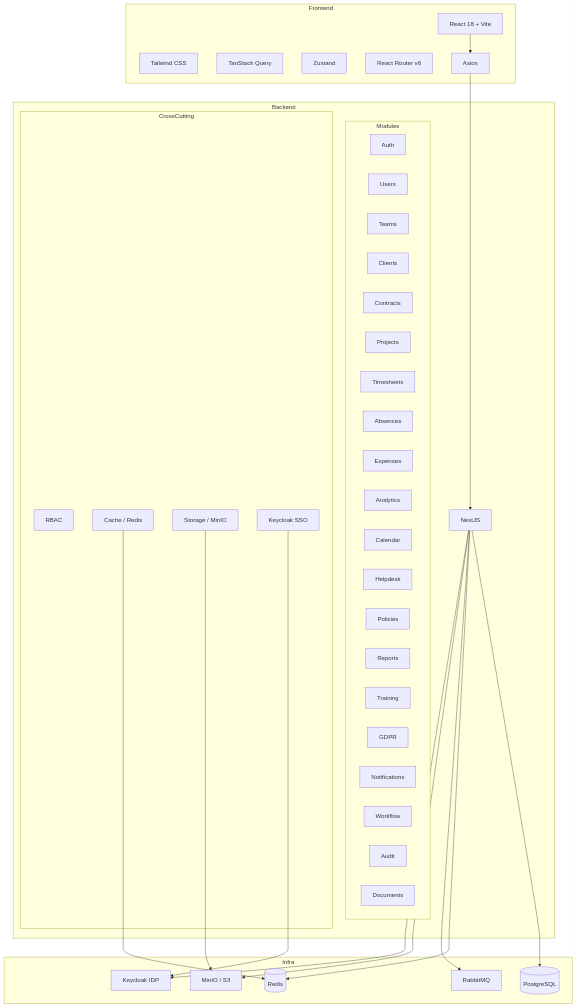
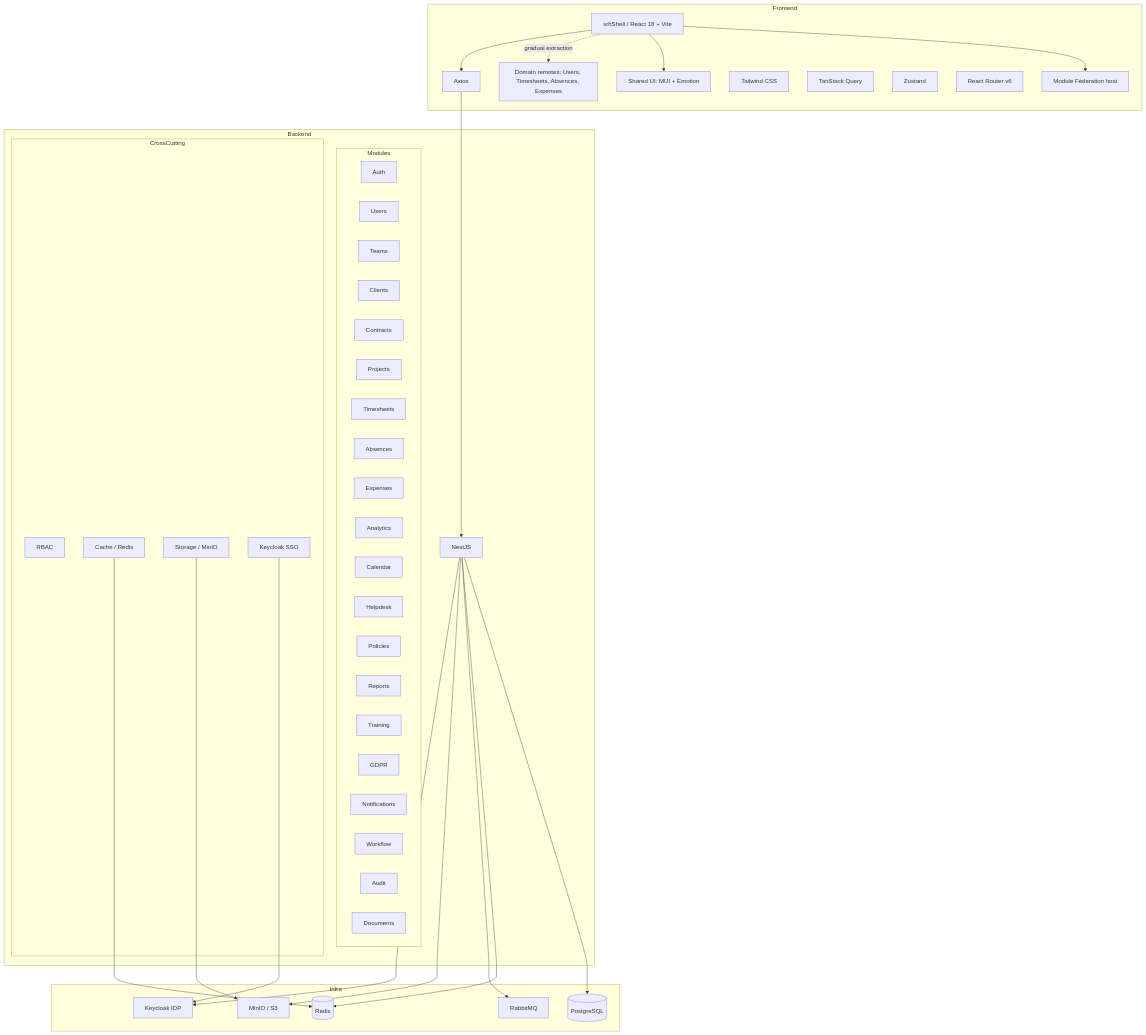
Before and after one commit to barbaraoliveira2308/rh: the first of 3 diagrams in docs/ARCHITECTURE.md, drawn with Mermaid. The commit also changed 6 other files, not shown here.

````diff
--- a/docs/ARCHITECTURE.md
+++ b/docs/ARCHITECTURE.md
@@ -5,62 +5,68 @@
 ```mermaid
 graph TB
     subgraph Frontend
-        REACT[React 18 + Vite]
+        SHELL[srhShell / React 18 + Vite]
+        FEDERATION[Module Federation host]
+        SHARED_UI[Shared UI: MUI + Emotion]
+        REMOTES[Domain remotes: Users, Timesheets, Absences, Expenses]
         TAILWIND[Tailwind CSS]
         TANSTACK[TanStack Query]
         ZUSTAND[Zustand]
         ROUTER[React Router v6]
         AXIOS[Axios]
     end
 
     subgraph Backend
         NESTJS[NestJS]
         subgraph Modules
             AUTH[Auth]
             USERS[Users]
             TEAMS[Teams]
             CLIENTS[Clients]
             CONTRACTS[Contracts]
             PROJECTS[Projects]
             TIMESHEETS[Timesheets]
             ABSENCES[Absences]
             EXPENSES[Expenses]
             ANALYTICS[Analytics]
             CALENDAR[Calendar]
             HELPDESK[Helpdesk]
             POLICIES[Policies]
             REPORTS[Reports]
             TRAINING[Training]
             GDPR[GDPR]
             NOTIFICATIONS[Notifications]
             WORKFLOW[Workflow]
             AUDIT[Audit]
             DOCUMENTS[Documents]
         end
         subgraph CrossCutting
             RBAC[RBAC]
             CACHE[Cache / Redis]
             STORAGE[Storage / MinIO]
             KEYCLOAK[Keycloak SSO]
         end
     end
 
     subgraph Infra
         PG[(PostgreSQL)]
         REDIS[(Redis)]
         RABBIT[RabbitMQ]
         MINIO[MinIO / S3]
         KC[Keycloak IDP]
     end
 
-    REACT --> AXIOS
+    SHELL --> FEDERATION
+    SHELL --> SHARED_UI
+    SHELL -. gradual extraction .-> REMOTES
+    SHELL --> AXIOS
     AXIOS --> NESTJS
     NESTJS --> PG
     NESTJS --> REDIS
     NESTJS --> RABBIT
     NESTJS --> MINIO
     NESTJS --> KC
     CACHE --> REDIS
     STORAGE --> MINIO
     KEYCLOAK --> KC
 ```
````
